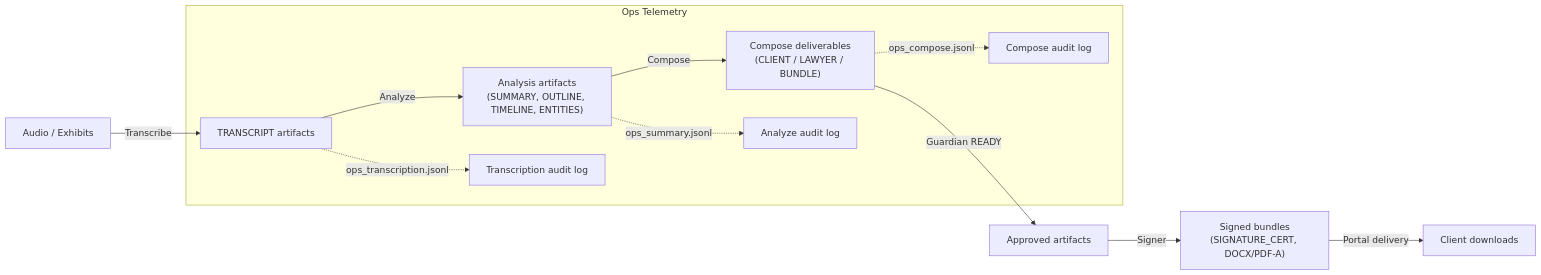
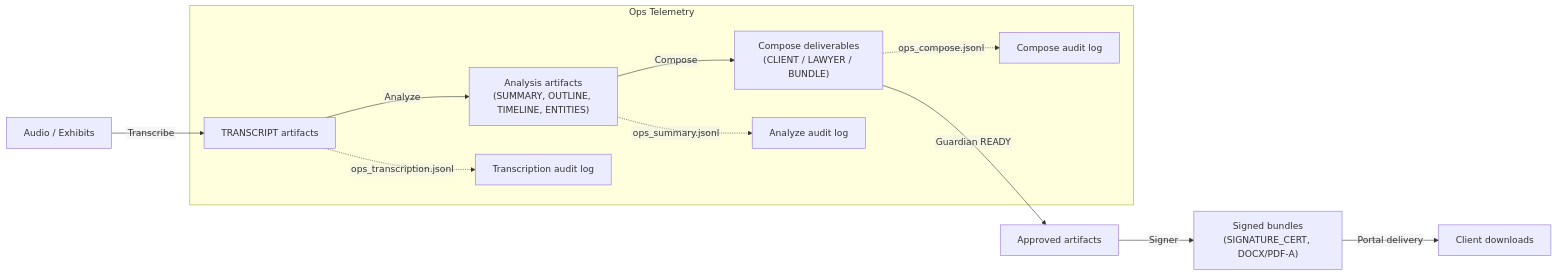
The diagram in docs/diagrams/data-lineage-v1.mmd (PantherianCodeX/udocket.com), drawn with Mermaid before and after one commit. The commit also changed 66 other files, not shown here.

Commit message:
docs: standardize diagrams and table typography

```diff
--- a/docs/diagrams/data-lineage-v1.mmd
+++ b/docs/diagrams/data-lineage-v1.mmd
@@ -1,14 +1,15 @@
 %% Data Lineage Overview v1
+%%{init: {"flowchart": {"htmlLabels": false}, "class": {"htmlLabels": false}, "state": {"htmlLabels": false}, "er": {"htmlLabels": false}, "journey": {"htmlLabels": false}, "timeline": {"htmlLabels": false}}}%%
 flowchart LR
     A["Audio / Exhibits"] -->|Transcribe| B["TRANSCRIPT artifacts"]
     B -->|Analyze| C["Analysis artifacts\n(SUMMARY, OUTLINE, TIMELINE, ENTITIES)"]
     C -->|Compose| D["Compose deliverables\n(CLIENT / LAWYER / BUNDLE)"]
     D -->|Guardian READY| E["Approved artifacts"]
     E -->|Signer| F["Signed bundles\n(SIGNATURE_CERT, DOCX/PDF-A)"]
     F -->|Portal delivery| G["Client downloads"]
 
     subgraph Ops Telemetry
         B -.->|ops_transcription.jsonl| O1["Transcription audit log"]
         C -.->|ops_summary.jsonl| O2["Analyze audit log"]
         D -.->|ops_compose.jsonl| O3["Compose audit log"]
     end
```
